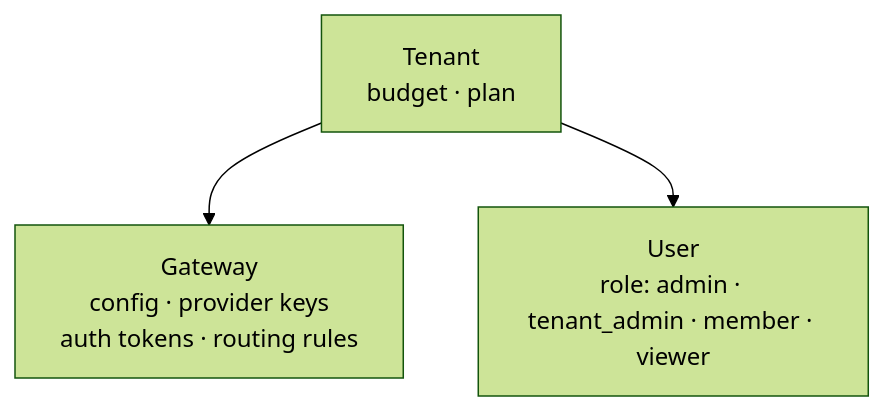
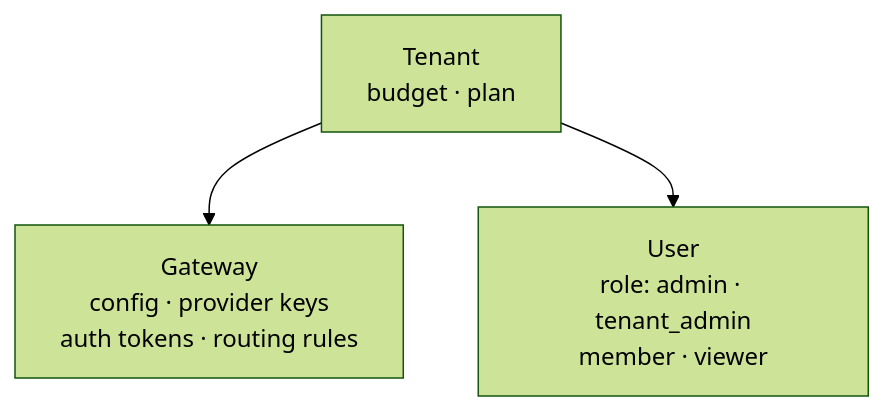
The diagram in docs/docs.md/concepts/multi-tenancy.md (Myra-Security-GmbH/myraai-ios), drawn with Mermaid (forest theme) before and after one commit. The commit also changed other lines of this file and 73 other files, not shown here.

````diff
--- a/docs/docs.md/concepts/multi-tenancy.md
+++ b/docs/docs.md/concepts/multi-tenancy.md
@@ -15,6 +20,6 @@
 ```mermaid
 graph TD
     T["Tenant<br/>budget · plan"]
     T --> G["Gateway<br/>config · provider keys<br/>auth tokens · routing rules"]
-    T --> U["User<br/>role: admin · tenant_admin · member · viewer"]
+    T --> U["User<br/>role: admin · tenant_admin<br/>member · viewer"]
 ```
````
